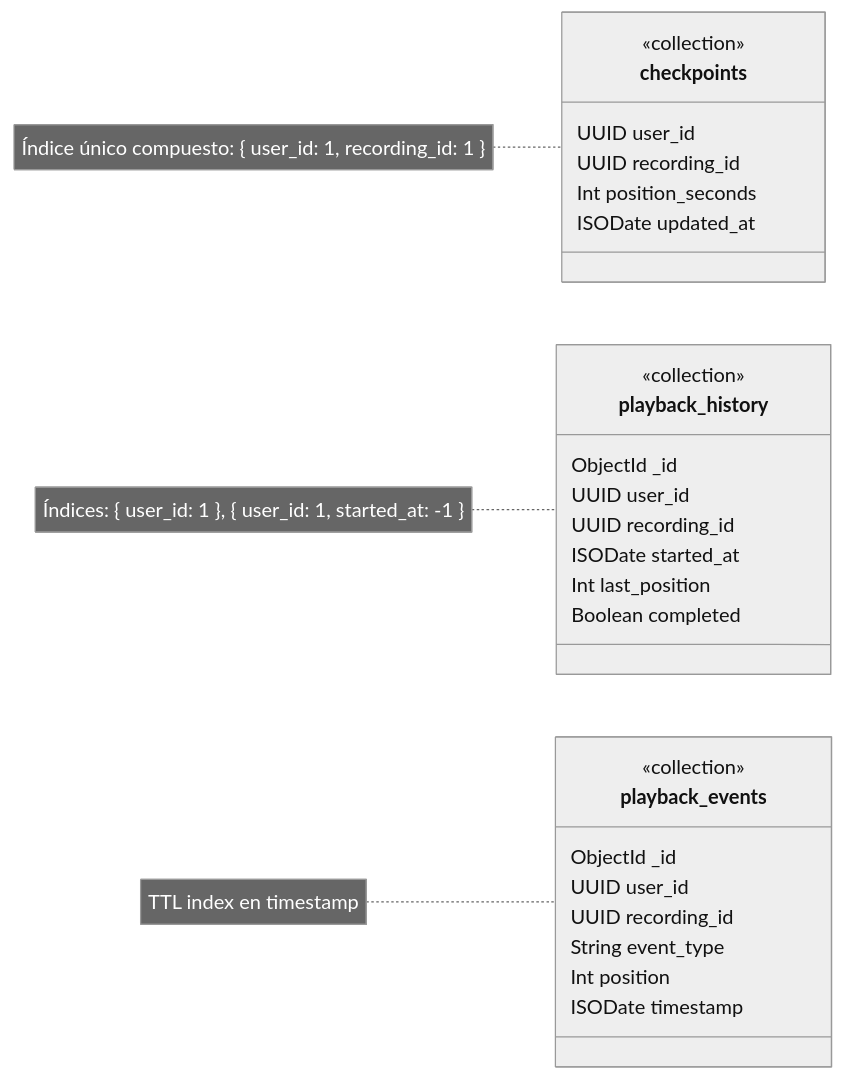
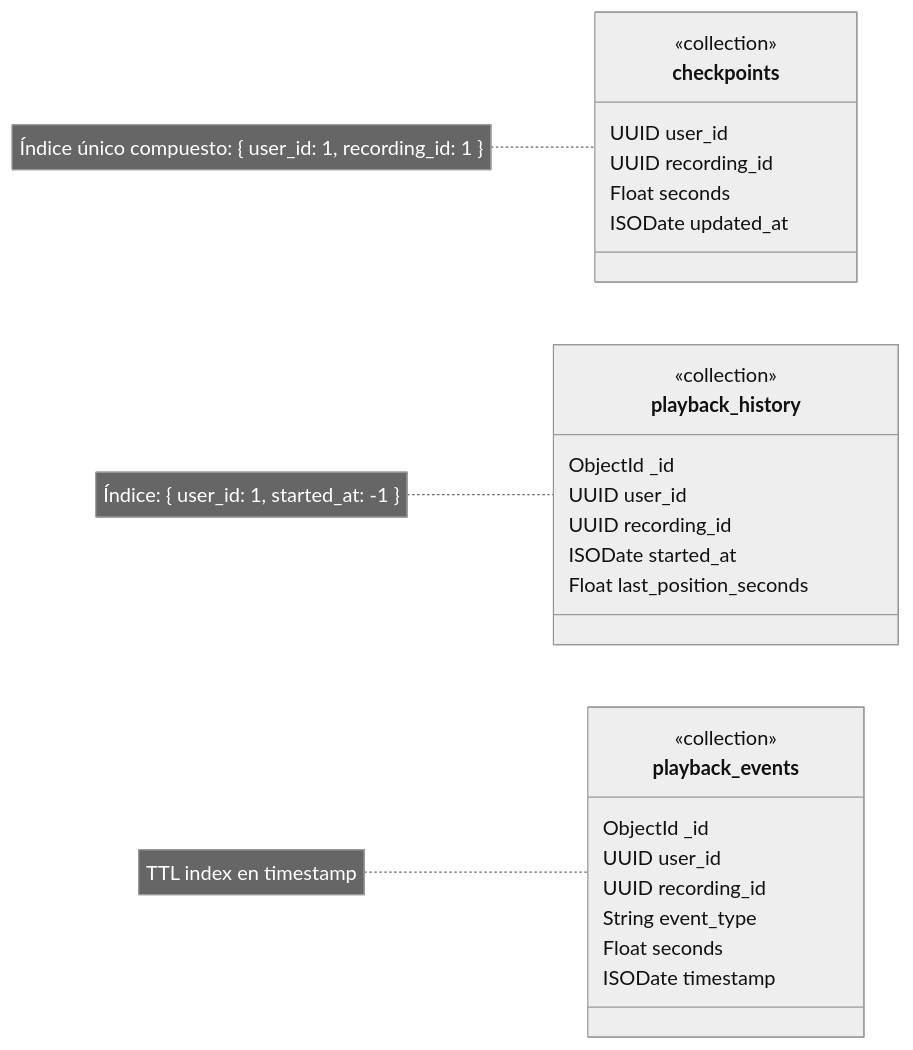
One commit to AbdielOtzoy/SA_PROYECTO_202300350 changed the first of 2 diagrams in docs/base-de-datos/modelo-entidad-relacion.md. Above: the diagram before and after it, drawn with Mermaid (neutral theme). The commit also changed other lines of this file and 15 other files, not shown here.

First line of the commit message:
Refactor database schema and documentation for improved clarity and functionality

````diff
--- a/docs/base-de-datos/modelo-entidad-relacion.md
+++ b/docs/base-de-datos/modelo-entidad-relacion.md
@@ -227,36 +236,35 @@
 ```mermaid
 classDiagram
     direction LR
 
     class checkpoints {
         <<collection>>
         UUID user_id
         UUID recording_id
-        Int position_seconds
+        Float seconds
         ISODate updated_at
     }
 
     class playback_history {
         <<collection>>
         ObjectId _id
         UUID user_id
         UUID recording_id
         ISODate started_at
-        Int last_position
-        Boolean completed
+        Float last_position_seconds
     }
 
     class playback_events {
         <<collection>>
         ObjectId _id
         UUID user_id
         UUID recording_id
         String event_type
-        Int position
+        Float seconds
         ISODate timestamp
     }
 
     note for checkpoints "Índice único compuesto: { user_id: 1, recording_id: 1 }"
-    note for playback_history "Índices: { user_id: 1 }, { user_id: 1, started_at: -1 }"
+    note for playback_history "Índice: { user_id: 1, started_at: -1 }"
     note for playback_events "TTL index en timestamp"
 ```
````
